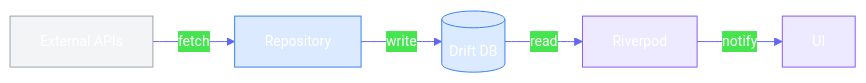
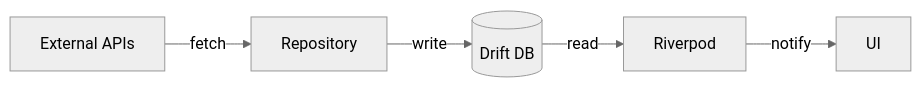
One commit to Neal75418/afterclose changed the third of 4 diagrams in CLAUDE.md. Above: the diagram before and after it, drawn with Mermaid. The commit also changed other lines of this file and 1 other file, not shown here.

````diff
--- a/CLAUDE.md
+++ b/CLAUDE.md
@@ -100,20 +91,8 @@
 ```mermaid
-%%{init: {'theme': 'base', 'themeVariables': {'primaryColor': '#4F46E5', 'primaryTextColor': '#fff', 'primaryBorderColor': '#3730A3', 'lineColor': '#6366F1', 'fontSize': '14px'}}}%%
+%%{init: {'theme': 'neutral'}}%%
 flowchart LR
-    API["External APIs"]
-    Repo["Repository"]
-    DB[("Drift DB")]
-    Provider["Riverpod"]
-    UI["UI"]
-
-    API -->|fetch| Repo
-    Repo -->|write| DB
-    DB -->|read| Provider
-    Provider -->|notify| UI
-
-    style API fill:#F3F4F6,stroke:#9CA3AF
-    style Repo fill:#DBEAFE,stroke:#3B82F6
-    style DB fill:#DBEAFE,stroke:#3B82F6
-    style Provider fill:#EDE9FE,stroke:#8B5CF6
-    style UI fill:#EDE9FE,stroke:#8B5CF6
+    API["External APIs"] -->|fetch| Repo["Repository"]
+    Repo -->|write| DB[("Drift DB")]
+    DB -->|read| Provider["Riverpod"]
+    Provider -->|notify| UI["UI"]
 ```
````
